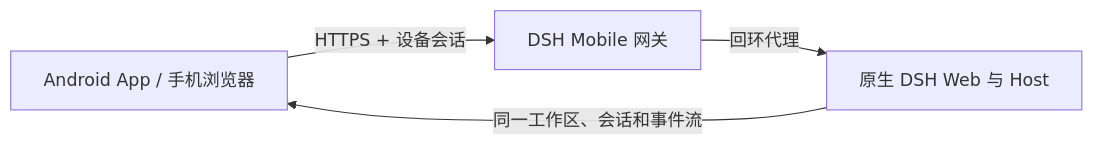
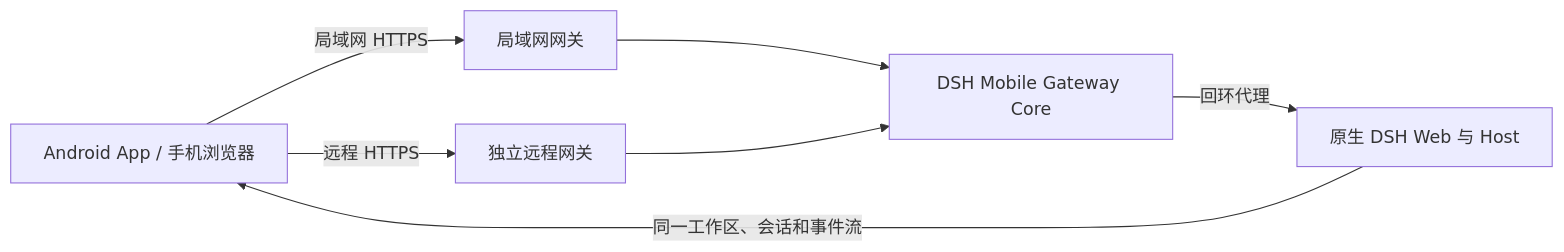
The diagram in README.md (FeiyuEVE/dsh-mobile), drawn with Mermaid before and after one commit. The commit also changed other lines of this file and 62 other files, not shown here.

Commit message:
release: dsh-mobile 0.2.0

````diff
--- a/README.md
+++ b/README.md
@@ -126,6 +162,9 @@
 ```mermaid
 flowchart LR
-  Phone["Android App / 手机浏览器"] -->|"HTTPS + 设备会话"| Gateway["DSH Mobile 网关"]
+  Phone["Android App / 手机浏览器"] -->|"局域网 HTTPS"| Lan["局域网网关"]
+  Phone -->|"远程 HTTPS"| Remote["独立远程网关"]
+  Lan --> Gateway["DSH Mobile Gateway Core"]
+  Remote --> Gateway
   Gateway -->|"回环代理"| DSH["原生 DSH Web 与 Host"]
   DSH -->|"同一工作区、会话和事件流"| Phone
 ```
````
